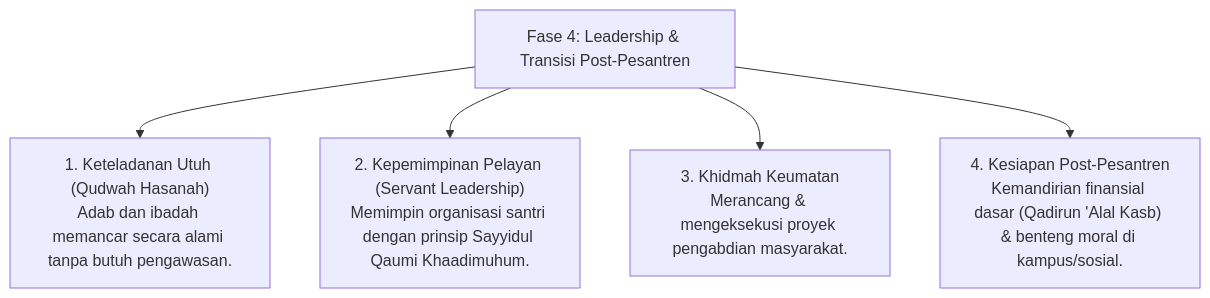
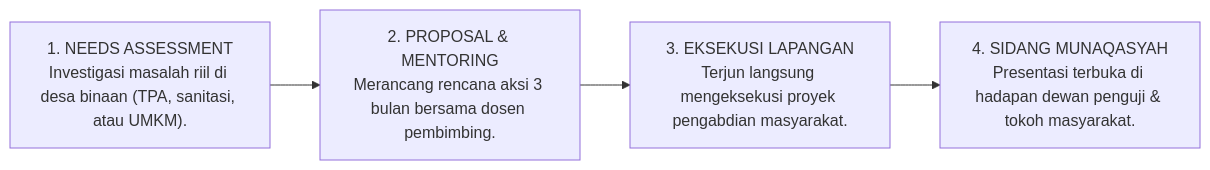
The seventh of 7 diagrams in 04 Progression Framework/01 Development Stages/P4-01-04-Fase-Leadership-dan-Transisi-Post-Pesantren.md (wandiapriliyandi/tumbuh), drawn with Mermaid before and after one commit. The commit also changed other lines of this file and 6 other files, not shown here.

````diff
--- a/04 Progression Framework/01 Development Stages/P4-01-04-Fase-Leadership-dan-Transisi-Post-Pesantren.md
+++ b/04 Progression Framework/01 Development Stages/P4-01-04-Fase-Leadership-dan-Transisi-Post-Pesantren.md
@@ -14,8 +199,7 @@
 ```mermaid
-graph TD
-    Phase4["Fase 4: Leadership & Transisi Post-Pesantren"]
-    Phase4 --> Qudwah["1. Keteladanan Utuh (Qudwah Hasanah)<br/>Adab dan ibadah memancar secara alami tanpa butuh pengawasan."]
-    Phase4 --> Servant["2. Kepemimpinan Pelayan (Servant Leadership)<br/>Memimpin organisasi santri dengan prinsip Sayyidul Qaumi Khaadimuhum."]
-    Phase4 --> Khidmah["3. Khidmah Keumatan<br/>Merancang & mengeksekusi proyek pengabdian masyarakat."]
-    Phase4 --> Post["4. Kesiapan Post-Pesantren<br/>Kemandirian finansial dasar (Qadirun 'Alal Kasb) & benteng moral di kampus/sosial."]
+flowchart LR
+    Tahap1["1. NEEDS ASSESSMENT<br/>Investigasi masalah riil di desa binaan (TPA, sanitasi, atau UMKM)."]
+    --> Tahap2["2. PROPOSAL & MENTORING<br/>Merancang rencana aksi 3 bulan bersama dosen pembimbing."]
+    --> Tahap3["3. EKSEKUSI LAPANGAN<br/>Terjun langsung mengeksekusi proyek pengabdian masyarakat."]
+    --> Tahap4["4. SIDANG MUNAQASYAH<br/>Presentasi terbuka di hadapan dewan penguji & tokoh masyarakat."]
 ```
````
